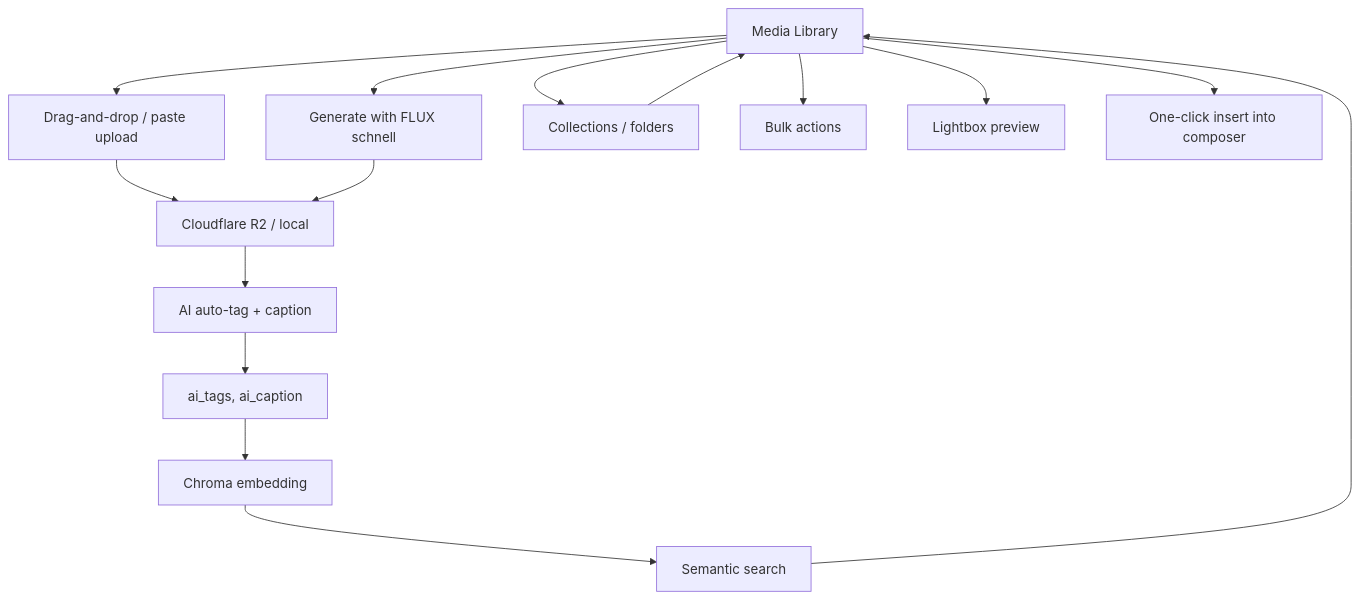
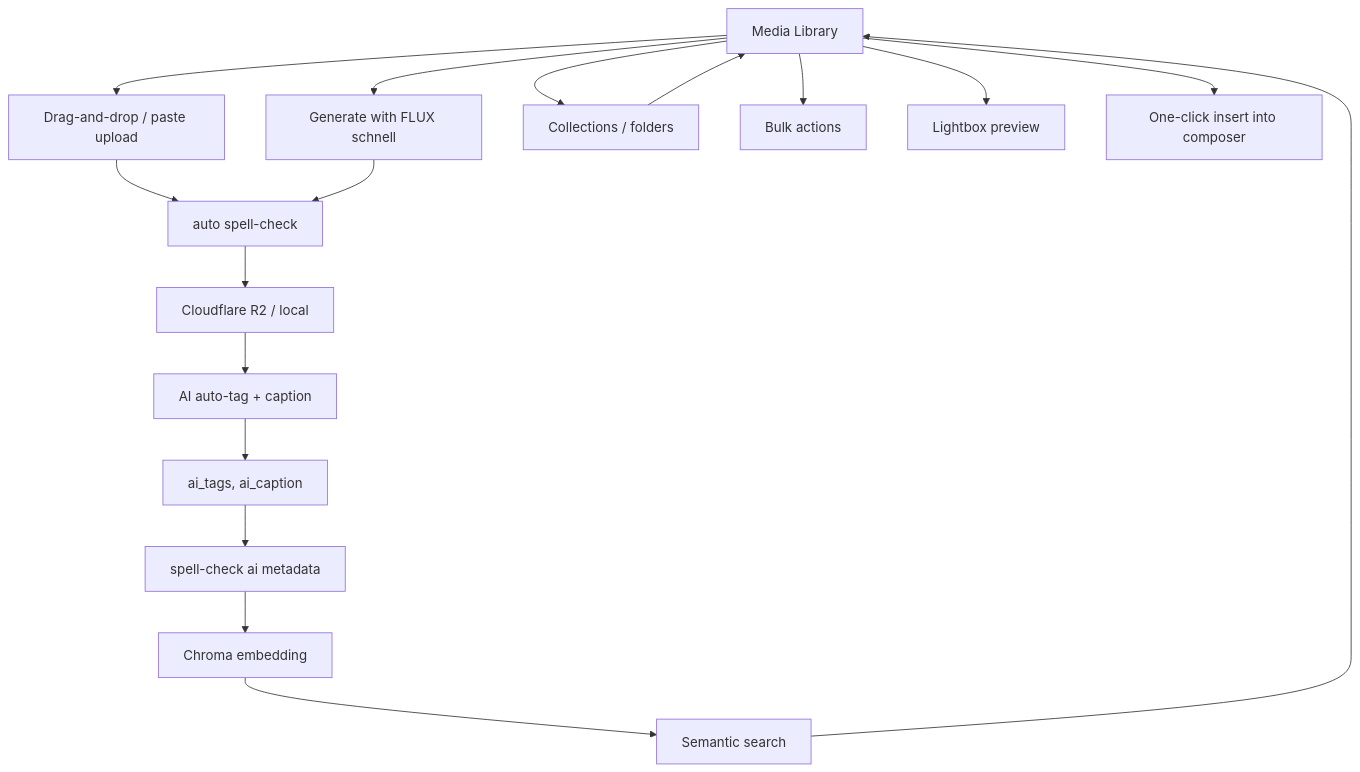
Diagram 11 of 14 in docs/superpowers/plans/plan-e6a92ed66b9dca4a.md (Themis128/cu130-slim), drawn with Mermaid before and after one commit. The commit also changed other lines of this file and 6 other files, not shown here.

First line of the commit message:
feat: spell-check all media text + validate roadmap Mermaid diagrams

````diff
--- a/docs/superpowers/plans/plan-e6a92ed66b9dca4a.md
+++ b/docs/superpowers/plans/plan-e6a92ed66b9dca4a.md
@@ -469,17 +473,19 @@
 ```mermaid
 flowchart TD
     A[Media Library] --> B[Drag-and-drop / paste upload]
     A --> C[Generate with FLUX schnell]
-    B --> D[Cloudflare R2 / local]
-    C --> D
+    B --> SC[auto spell-check]
+    C --> SC
+    SC --> D[Cloudflare R2 / local]
     D --> E[AI auto-tag + caption]
     E --> F[ai_tags, ai_caption]
-    F --> G[Chroma embedding]
+    F --> SC2[spell-check ai metadata]
+    SC2 --> G[Chroma embedding]
     G --> H[Semantic search]
     A --> I[Collections / folders]
     A --> J[Bulk actions]
     A --> K[Lightbox preview]
     A --> L[One-click insert into composer]
     H --> A
     I --> A
 ```
````
